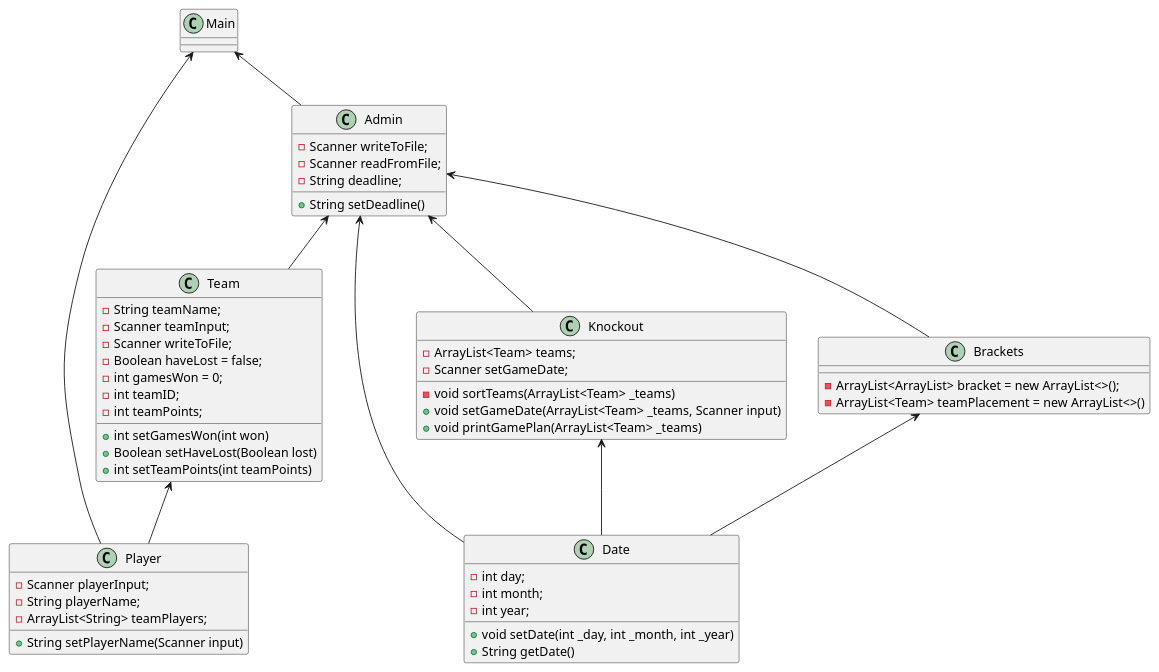
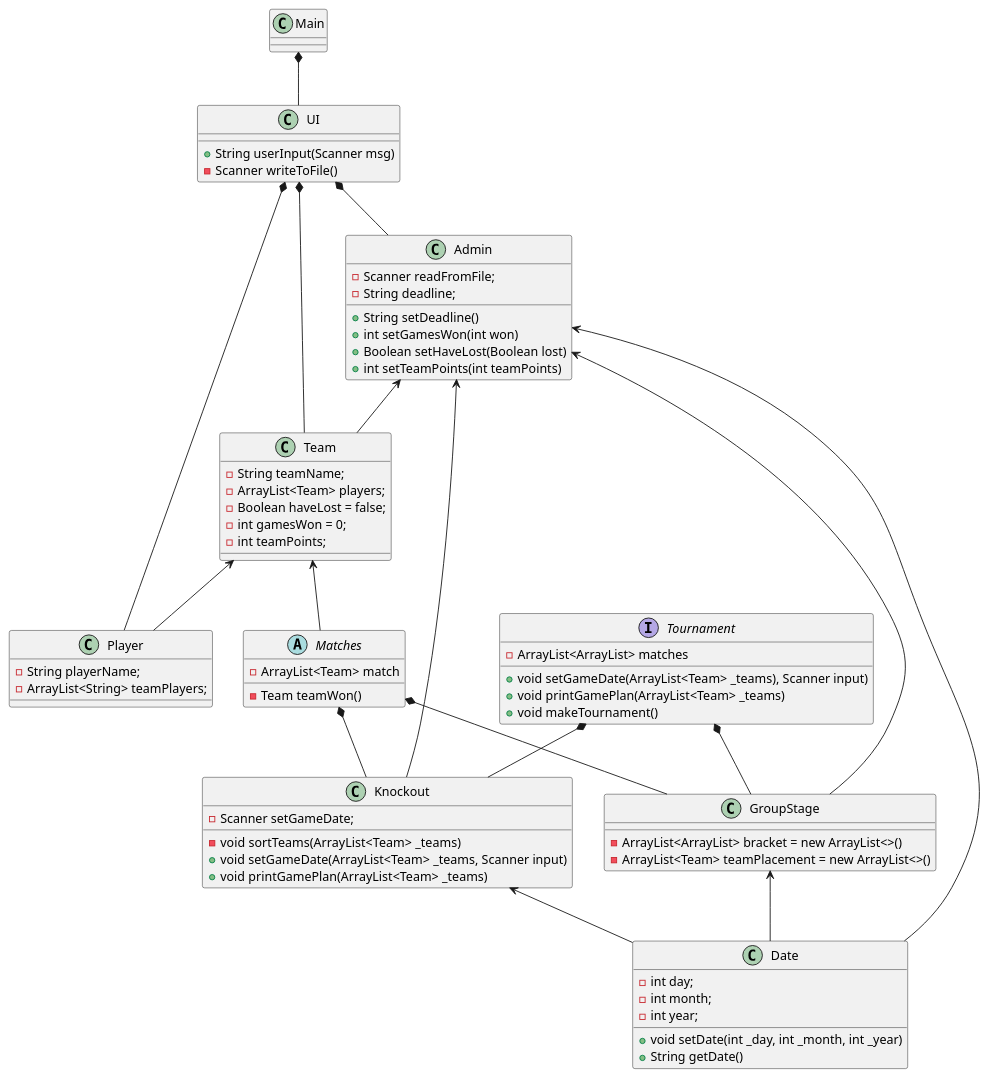
Before and after one commit to EmmsDK/Gruppe-4: the diagram in SP3/Class Diagram.puml, drawn with PlantUML. The commit also changed 8 other files, not shown here.

Commit message:
Class Diagram

```diff
--- a/SP3/Class Diagram.puml
+++ b/SP3/Class Diagram.puml
@@ -1,67 +1,87 @@
 @startuml
 class Main{}
 
+Main *-- UI
+
+class UI{
+    + String userInput(Scanner msg)
+    - Scanner writeToFile()
+}
+
+UI *-- Player
+UI *-- Team
+UI *-- Admin
 class Player{
-    - Scanner playerInput;
     - String playerName;
     - ArrayList<String> teamPlayers;
-
-    + String setPlayerName(Scanner input)
 }
 
 class Team{
     - String teamName;
-    - Scanner teamInput;
-    - Scanner writeToFile;
+    - ArrayList<Team> players;
     - Boolean haveLost = false;
     - int gamesWon = 0;
-    - int teamID;
     - int teamPoints;
+}
+
+class Admin{
+    - Scanner readFromFile;
+    - String deadline;
+    + String setDeadline()
     + int setGamesWon(int won)
     + Boolean setHaveLost(Boolean lost)
     + int setTeamPoints(int teamPoints)
-}
-
-class Admin{
-    - Scanner writeToFile;
-    - Scanner readFromFile;
-    - String deadline;
-    + String setDeadline()
 }
 
 class Date{
     - int day;
     - int month;
     - int year;
     + void setDate(int _day, int _month, int _year)
     + String getDate()
 }
 
 class Knockout{
-    - ArrayList<Team> teams;
     - Scanner setGameDate;
     - void sortTeams(ArrayList<Team> _teams)
     + void setGameDate(ArrayList<Team> _teams, Scanner input)
     + void printGamePlan(ArrayList<Team> _teams)
 }
 
-class Brackets{
-    - ArrayList<ArrayList> bracket = new ArrayList<>();
+class GroupStage{
+    - ArrayList<ArrayList> bracket = new ArrayList<>()
     - ArrayList<Team> teamPlacement = new ArrayList<>()
 }
 
-Main <-- Admin
-Main <-- Player
+Interface Tournament{
+    - ArrayList<ArrayList> matches
+    + void setGameDate(ArrayList<Team> _teams), Scanner input)
+    + void printGamePlan(ArrayList<Team> _teams)
+    + void makeTournament()
+}
+
+Abstract Matches{
+    - ArrayList<Team> match
+    - Team teamWon()
+}
+
+
 
 Team <-- Player
+Team <-- Matches
 
 Admin <-- Knockout
-Admin <-- Brackets
+Admin <-- GroupStage
 Admin <-- Date
 Admin <-- Team
 
+Matches *-- GroupStage
+Matches *-- Knockout
+
+Tournament *-- Knockout
+Tournament *-- GroupStage
 Knockout <-- Date
-Brackets <-- Date
+GroupStage <-- Date
 
 
 @enduml
```
